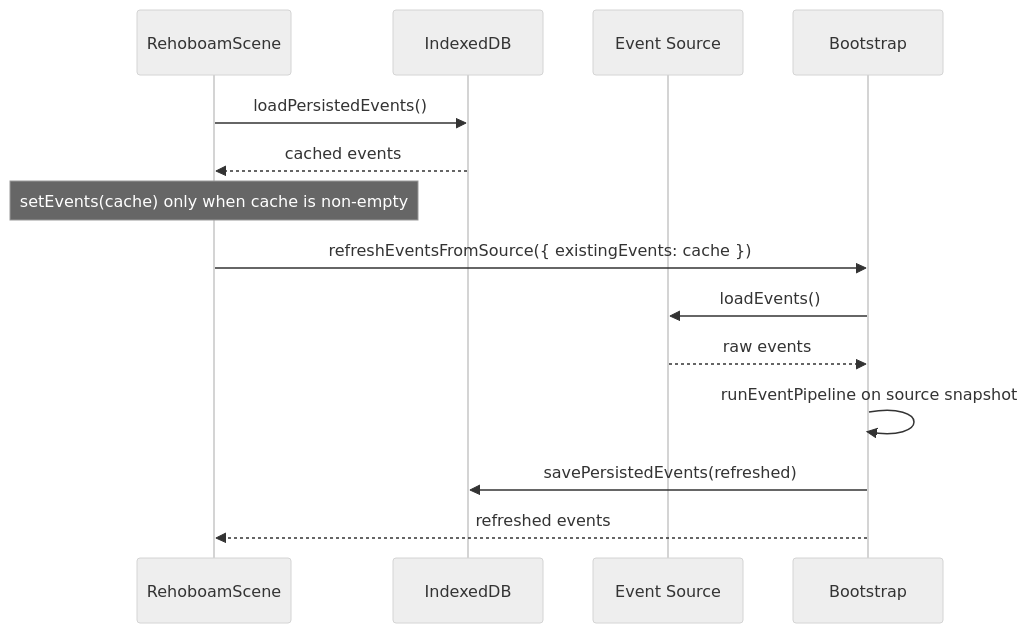
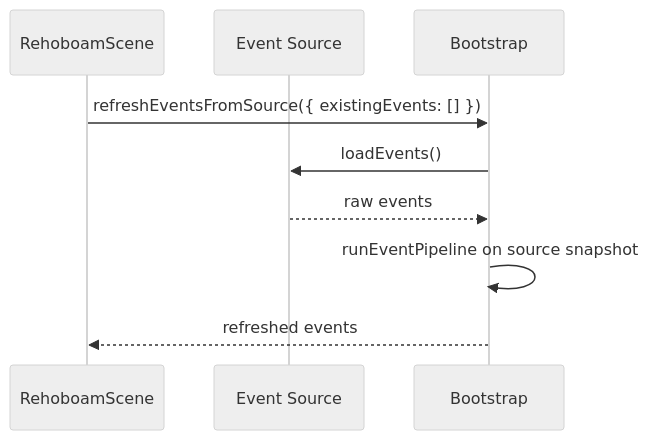
One commit to valuecodes/Rehoboam-UI changed the third of 4 diagrams in docs/architecture.md. Above: the diagram before and after it, drawn with Mermaid (neutral theme). The commit also changed other lines of this file and 17 other files, not shown here.

````diff
--- a/docs/architecture.md
+++ b/docs/architecture.md
@@ -166,18 +164,12 @@
 ```mermaid
 sequenceDiagram
     participant Scene as RehoboamScene
-    participant IDB as IndexedDB
     participant Src as Event Source
     participant Boot as Bootstrap
 
-    Scene->>IDB: loadPersistedEvents()
-    IDB-->>Scene: cached events
-    Note over Scene: setEvents(cache) only when cache is non-empty
-
-    Scene->>Boot: refreshEventsFromSource({ existingEvents: cache })
+    Scene->>Boot: refreshEventsFromSource({ existingEvents: [] })
     Boot->>Src: loadEvents()
     Src-->>Boot: raw events
     Boot->>Boot: runEventPipeline on source snapshot
-    Boot->>IDB: savePersistedEvents(refreshed)
     Boot-->>Scene: refreshed events
 ```
````
